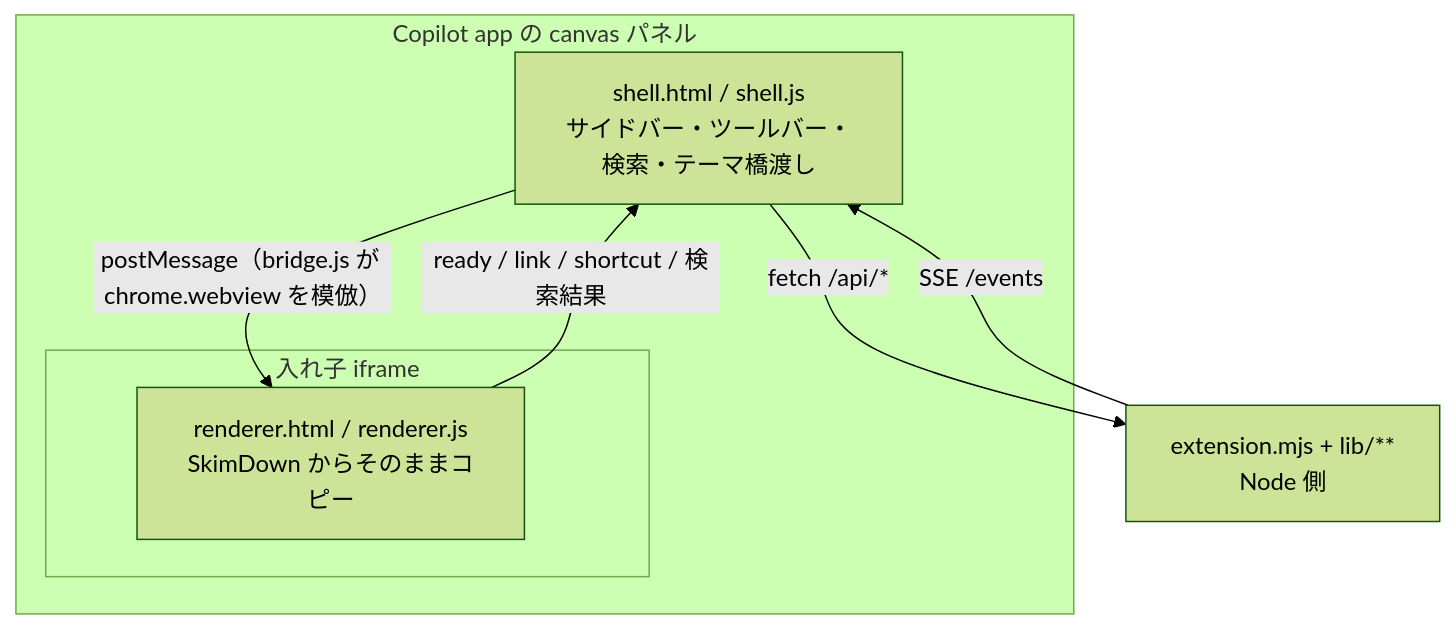
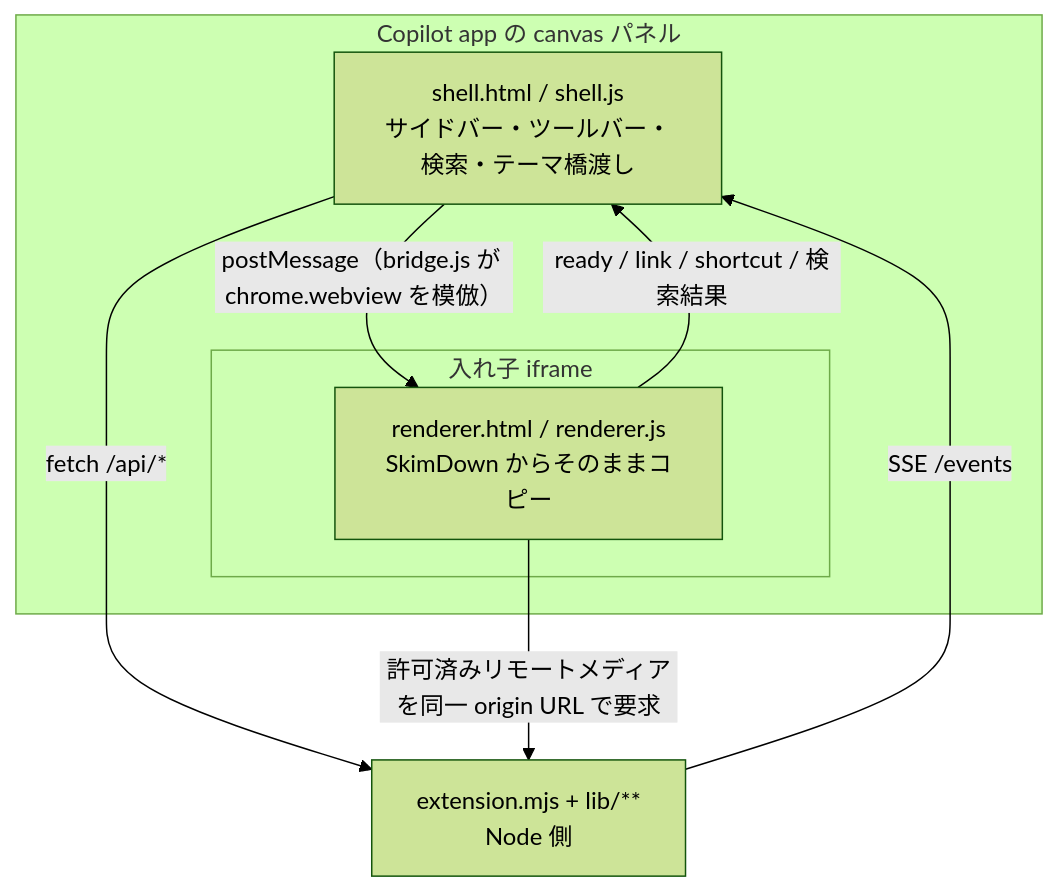
Before and after one commit to runceel/SkimDownForGitHubCopilotApp: the diagram in README.md, drawn with Mermaid (forest theme). The commit also changed other lines of this file and 10 other files, not shown here.

````diff
--- a/README.md
+++ b/README.md
@@ -71,15 +88,16 @@
 ```mermaid
 flowchart TB
     subgraph host["Copilot app の canvas パネル"]
         shell["shell.html / shell.js<br/>サイドバー・ツールバー・検索・テーマ橋渡し"]
         subgraph inner["入れ子 iframe"]
             renderer["renderer.html / renderer.js<br/>SkimDown からそのままコピー"]
         end
     end
     ext["extension.mjs + lib/**<br/>Node 側"]
 
     shell -- "postMessage（bridge.js が chrome.webview を模倣）" --> renderer
     renderer -- "ready / link / shortcut / 検索結果" --> shell
     shell -- "fetch /api/*" --> ext
     ext -- "SSE /events" --> shell
+    renderer -- "許可済みリモートメディアを同一 origin URL で要求" --> ext
 ```
````
